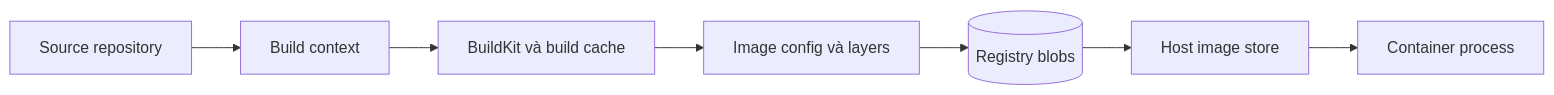
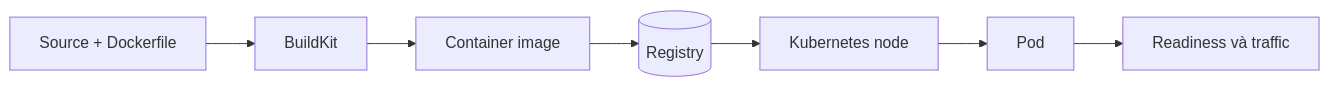
One commit to vanhiep99w/docker-learn changed the first of 2 diagrams in content/docs/images-va-dockerfile/image-optimization.mdx. Above: the diagram before and after it, drawn with Mermaid. The commit also changed other lines of this file, not shown here.

Commit message:
docs: simplify Docker image optimization guide

````diff
--- a/content/docs/images-va-dockerfile/image-optimization.mdx
+++ b/content/docs/images-va-dockerfile/image-optimization.mdx
@@ -27,9 +21,9 @@
 ```mermaid
 flowchart LR
-    S[Source repository] --> C[Build context]
-    C --> B[BuildKit và build cache]
-    B --> I[Image config và layers]
-    I --> R[(Registry blobs)]
-    R --> H[Host image store]
-    H --> P[Container process]
+    A[Source + Dockerfile] --> B[BuildKit]
+    B --> C[Container image]
+    C --> D[(Registry)]
+    D --> E[Kubernetes node]
+    E --> F[Pod]
+    F --> G[Readiness và traffic]
 ```
````
